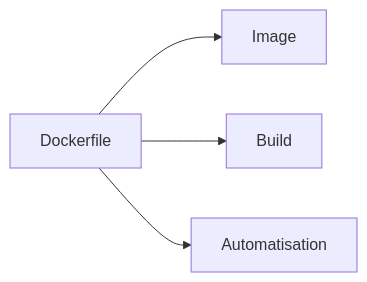
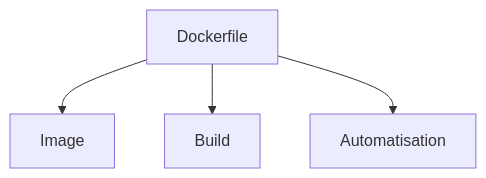
The seventh of 31 diagrams in docs/glossaire/cloud-computing.md (zyrass/omnydocs), drawn with Mermaid before and after one commit. The commit also changed other lines of this file and 1780 other files, not shown here.

````diff
--- a/docs/glossaire/cloud-computing.md
+++ b/docs/glossaire/cloud-computing.md
@@ -144,6 +174,6 @@
-    ```mermaid
-    graph LR
-        A[Dockerfile] --> B[Image]
-        A --> C[Build]
-        A --> D[Automatisation]
-    ```
+```mermaid
+graph TB
+    A[Dockerfile] --> B[Image]
+    A --> C[Build]
+    A --> D[Automatisation]
+```
````
